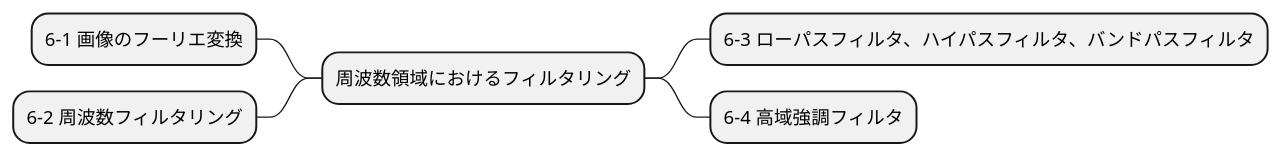
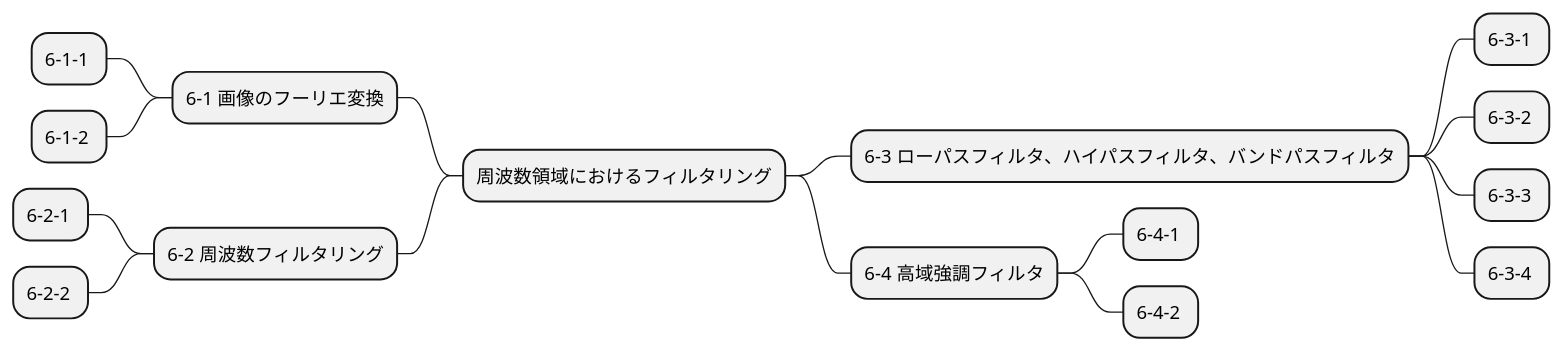
Before and after one commit to Takayoshi-Matsuyama/image_processing: the diagram in mindmap/img_proc_expert_06.puml, drawn with PlantUML. The commit also changed 16 other files, not shown here.

Commit message:
mindmap ex numbers

```diff
--- a/mindmap/img_proc_expert_06.puml
+++ b/mindmap/img_proc_expert_06.puml
@@ -1,7 +1,17 @@
 @startmindmap img_proc_expert_06
 + 周波数領域におけるフィルタリング
 -- 6-1 画像のフーリエ変換
+--- 6-1-1 
+--- 6-1-2 
 -- 6-2 周波数フィルタリング
+--- 6-2-1 
+--- 6-2-2 
 ++ 6-3 ローパスフィルタ、ハイパスフィルタ、バンドパスフィルタ
++++ 6-3-1 
++++ 6-3-2 
++++ 6-3-3 
++++ 6-3-4 
 ++ 6-4 高域強調フィルタ
++++ 6-4-1 
++++ 6-4-2 
 @endmindmap
```
